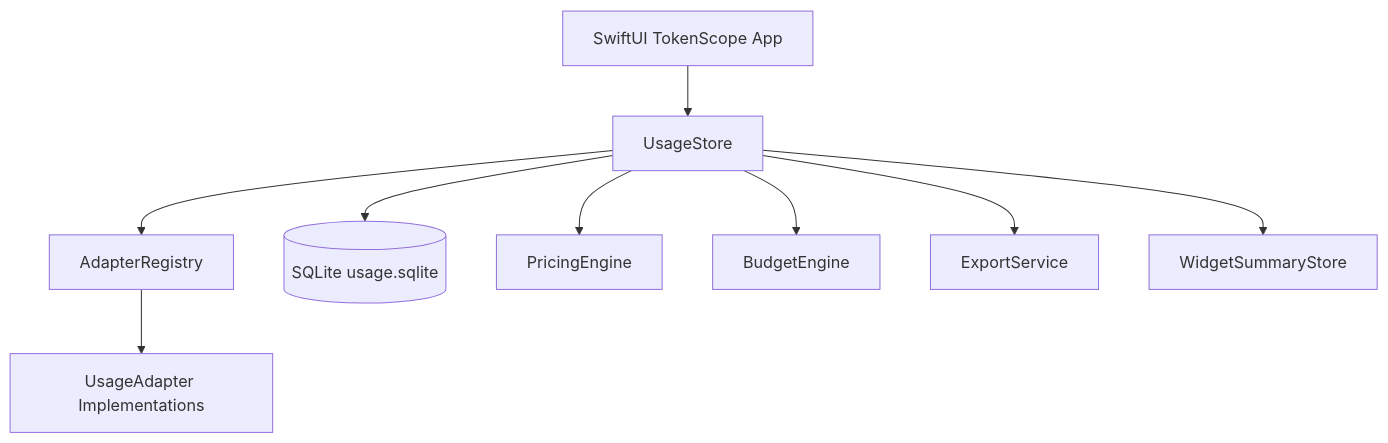
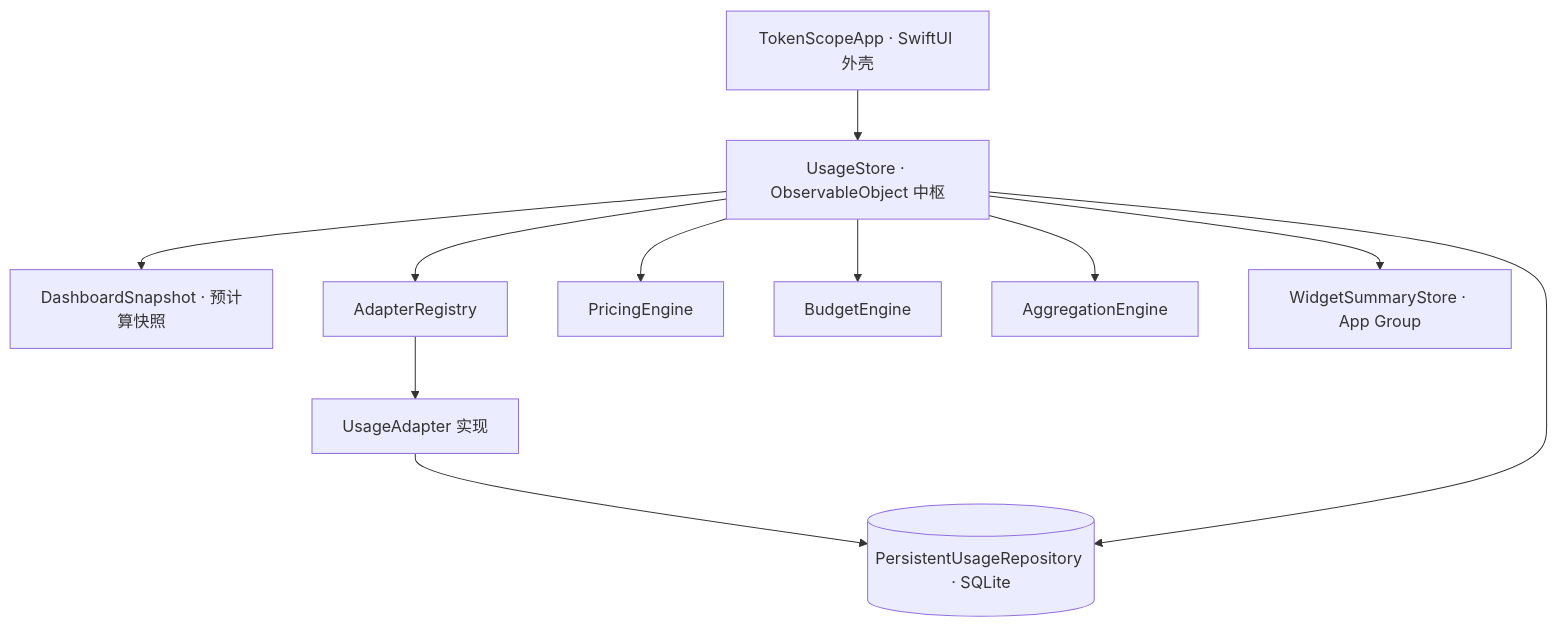
The diagram in README.md (BennettL569/Token-UI-TokenScope), drawn with Mermaid before and after one commit. The commit also changed other lines of this file, not shown here.

````diff
--- a/README.md
+++ b/README.md
@@ -280,21 +160,23 @@
 ```mermaid
 flowchart TD
-  App[SwiftUI TokenScope App]
-  Store[UsageStore]
+  App[TokenScopeApp · SwiftUI 外壳]
+  Store[UsageStore · ObservableObject 中枢]
+  Snapshot[DashboardSnapshot · 预计算快照]
   Registry[AdapterRegistry]
-  Adapters[UsageAdapter Implementations]
-  SQLite[(SQLite usage.sqlite)]
+  Adapters[UsageAdapter 实现]
+  Repo[(PersistentUsageRepository · SQLite)]
   Pricing[PricingEngine]
   Budget[BudgetEngine]
-  Export[ExportService]
-  Widget[WidgetSummaryStore]
+  Agg[AggregationEngine]
+  Widget[WidgetSummaryStore · App Group]
 
   App --> Store
-  Store --> Registry
-  Registry --> Adapters
-  Store --> SQLite
+  Store --> Snapshot
+  Store --> Registry --> Adapters
+  Adapters --> Repo
+  Store --> Repo
+  Store --> Agg
   Store --> Pricing
   Store --> Budget
-  Store --> Export
   Store --> Widget
 ```
````
